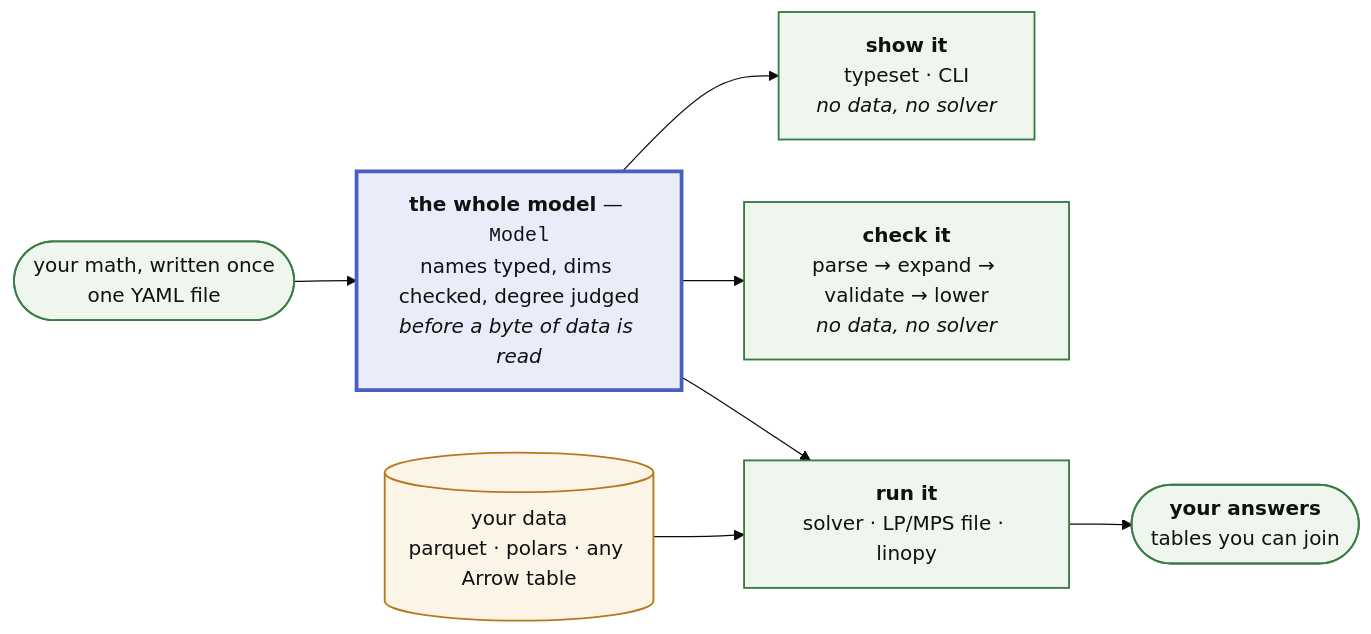
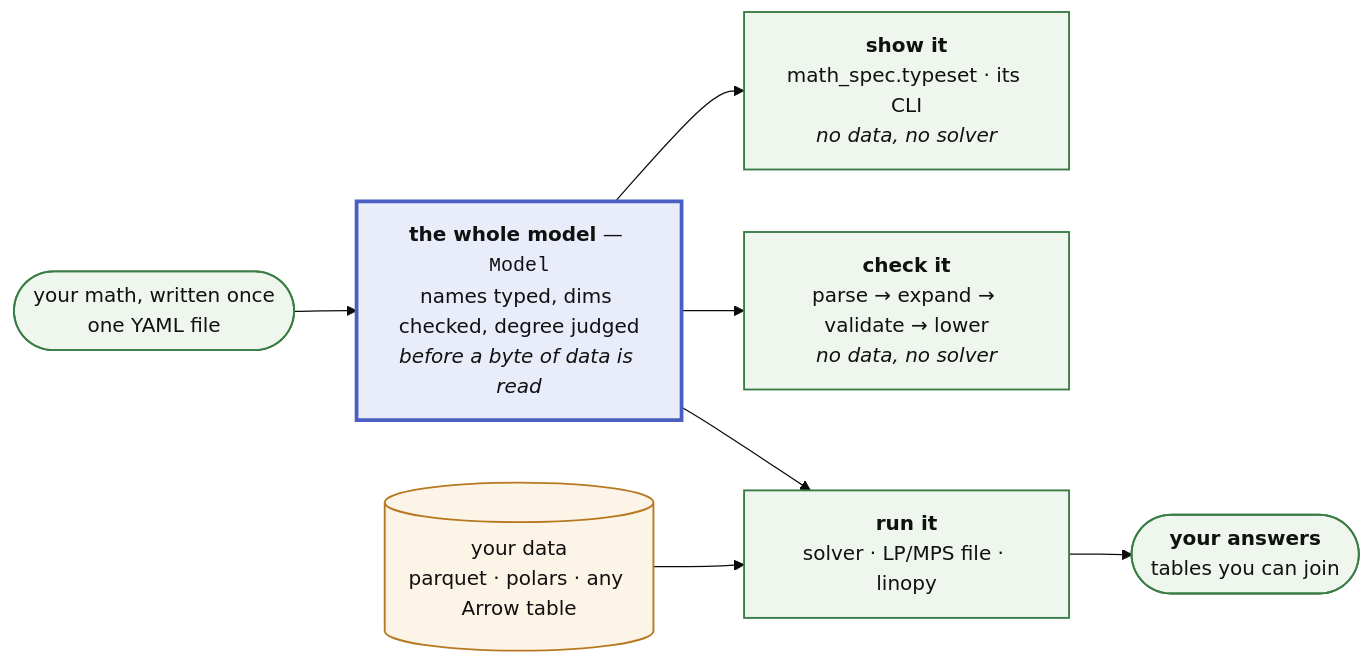
Before and after one commit to FBumann/linopy-yaml: the second of 2 diagrams in docs/about/architecture.md, drawn with Mermaid (base theme). The commit also changed other lines of this file and 2 other files, not shown here.

````diff
--- a/docs/about/architecture.md
+++ b/docs/about/architecture.md
@@ -155,16 +158,16 @@
 ```mermaid
 flowchart LR
     Y(["your math, written once<br/>one YAML file"]) --> AST
     AST["<b>the whole model</b> — <code>Model</code><br/>names typed, dims checked, degree judged<br/><i>before a byte of data is read</i>"]
-    AST --> SHOW["<b>show it</b><br/>typeset · CLI<br/><i>no data, no solver</i>"]
+    AST --> SHOW["<b>show it</b><br/>math_spec.typeset · its CLI<br/><i>no data, no solver</i>"]
     AST --> CHECK["<b>check it</b><br/>parse → expand → validate → lower<br/><i>no data, no solver</i>"]
     AST --> RUN["<b>run it</b><br/>solver · LP/MPS file · linopy"]
     DATA[("your data<br/>parquet · polars · any Arrow table")] --> RUN
     RUN --> ANS(["<b>your answers</b><br/>tables you can join"])
     classDef built fill:#eef6ee,stroke:#3a7d44,stroke-width:1.5px,color:#111
     classDef waist fill:#e9edfa,stroke:#4a5fc1,stroke-width:3px,color:#111
     classDef data fill:#fdf4e8,stroke:#b7791f,stroke-width:1.5px,color:#111
     class Y,SHOW,CHECK,RUN,ANS built
     class AST waist
     class DATA data
 ```
````
